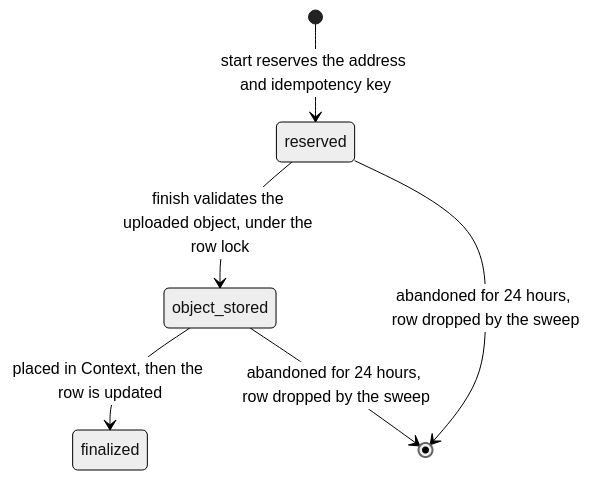
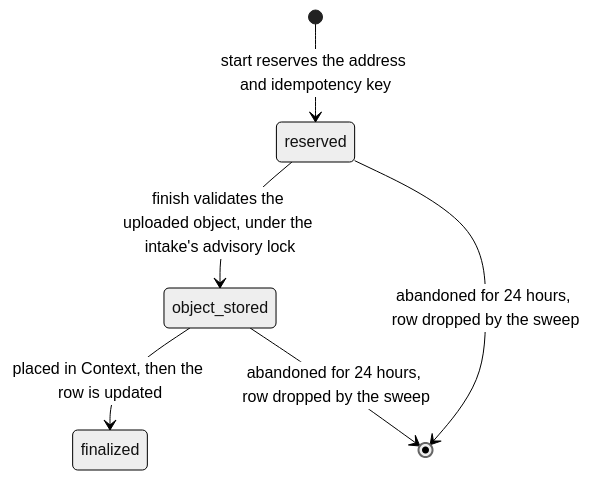
One commit to haowjy/meridian-flow changed the diagram in apps/server/server/domains/context/uploads/.context/state-machines.md. Above: the diagram before and after it, drawn with Mermaid (neutral theme). The commit also changed other lines of this file and 28 other files, not shown here.

````diff
--- a/apps/server/server/domains/context/uploads/.context/state-machines.md
+++ b/apps/server/server/domains/context/uploads/.context/state-machines.md
@@ -8,8 +8,8 @@
 ```mermaid
 stateDiagram-v2
   [*] --> reserved: start reserves the address and idempotency key
-  reserved --> object_stored: finish validates the uploaded object, under the row lock
+  reserved --> object_stored: finish validates the uploaded object, under the intake's advisory lock
   object_stored --> finalized: placed in Context, then the row is updated
   reserved --> [*]: abandoned for 24 hours, row dropped by the sweep
   object_stored --> [*]: abandoned for 24 hours, row dropped by the sweep
 ```
````
